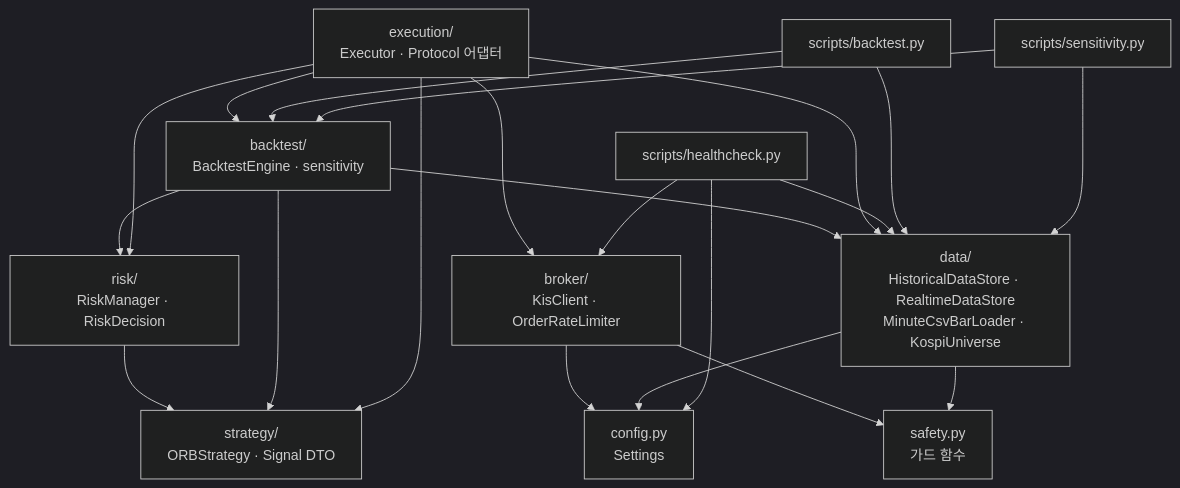
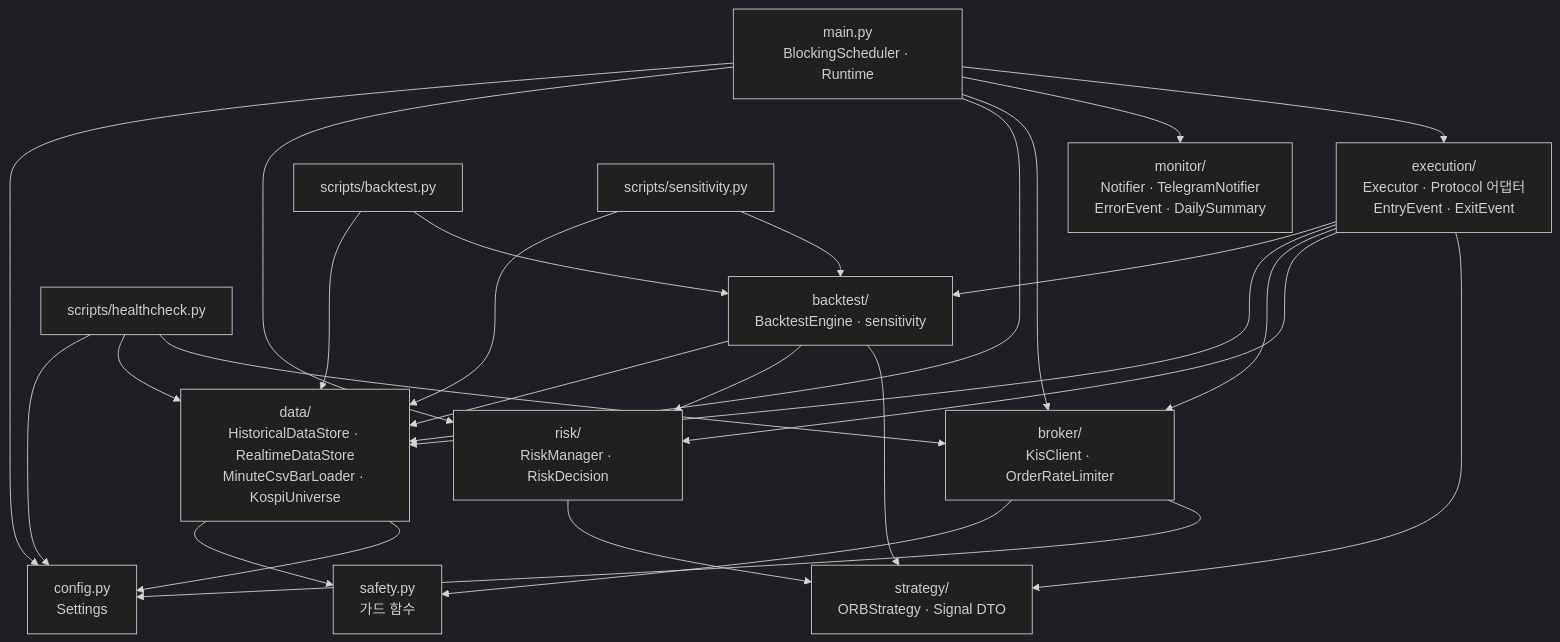
One commit to donggyushin/stocker changed the first of 4 diagrams in docs/architecture.md. Above: the diagram before and after it, drawn with Mermaid (dark theme). The commit also changed other lines of this file and 21 other files, not shown here.

First line of the commit message:
Phase 3 세 번째 산출물 — monitor/notifier.py (텔레그램 알림) (#18)

````diff
--- a/docs/architecture.md
+++ b/docs/architecture.md
@@ -63,38 +65,46 @@
 ```mermaid
 graph TD
     config[config.py<br/>Settings]
     safety[safety.py<br/>가드 함수]
     broker[broker/<br/>KisClient · OrderRateLimiter]
     data[data/<br/>HistoricalDataStore · RealtimeDataStore<br/>MinuteCsvBarLoader · KospiUniverse]
     strategy[strategy/<br/>ORBStrategy · Signal DTO]
     risk[risk/<br/>RiskManager · RiskDecision]
     backtest[backtest/<br/>BacktestEngine · sensitivity]
-    execution[execution/<br/>Executor · Protocol 어댑터]
+    execution[execution/<br/>Executor · Protocol 어댑터<br/>EntryEvent · ExitEvent]
+    monitor[monitor/<br/>Notifier · TelegramNotifier<br/>ErrorEvent · DailySummary]
 
     healthcheck[scripts/healthcheck.py]
     bt_cli[scripts/backtest.py]
     sens_cli[scripts/sensitivity.py]
+    main_py[main.py<br/>BlockingScheduler · Runtime]
 
     broker --> config
     broker --> safety
     data --> config
     data --> safety
     risk --> strategy
     backtest --> strategy
     backtest --> risk
     backtest --> data
     execution --> strategy
     execution --> risk
     execution --> broker
     execution --> data
     execution --> backtest
+    main_py --> execution
+    main_py --> monitor
+    main_py --> broker
+    main_py --> data
+    main_py --> risk
+    main_py --> config
 
     healthcheck --> broker
     healthcheck --> data
     healthcheck --> config
 
     bt_cli --> backtest
     bt_cli --> data
     sens_cli --> backtest
     sens_cli --> data
 ```
````
